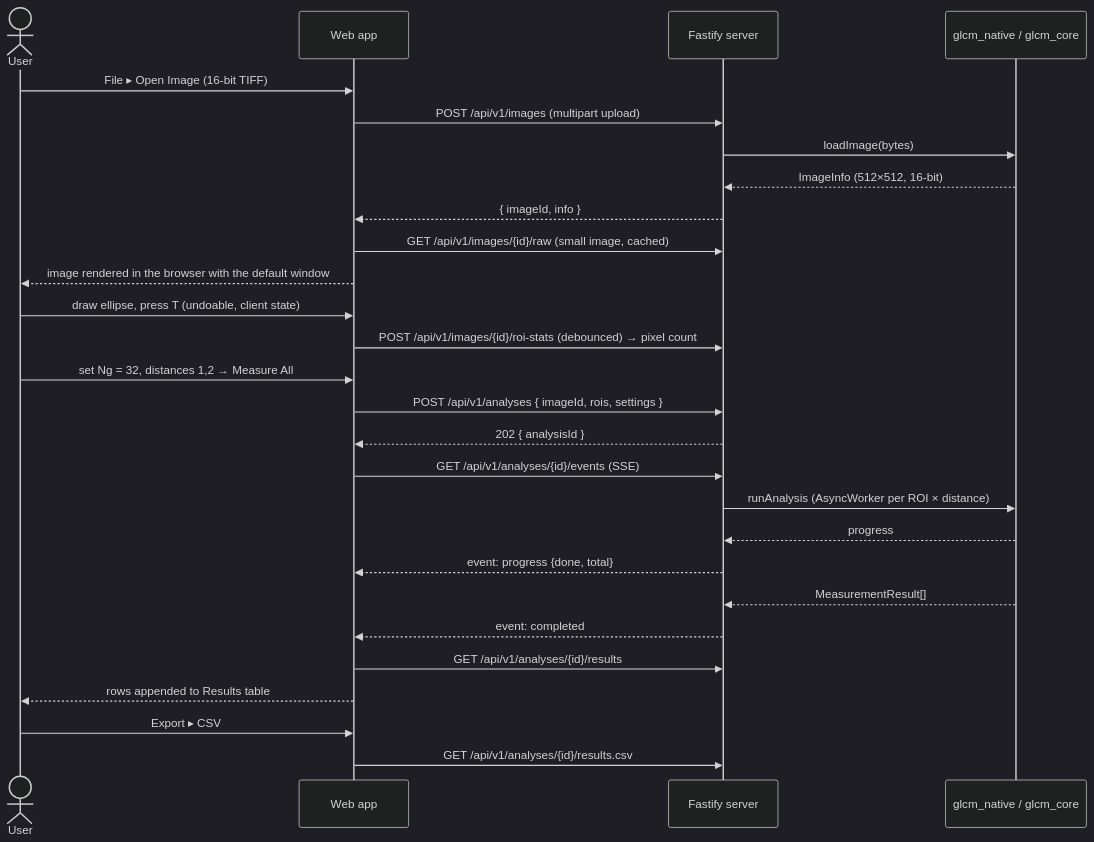
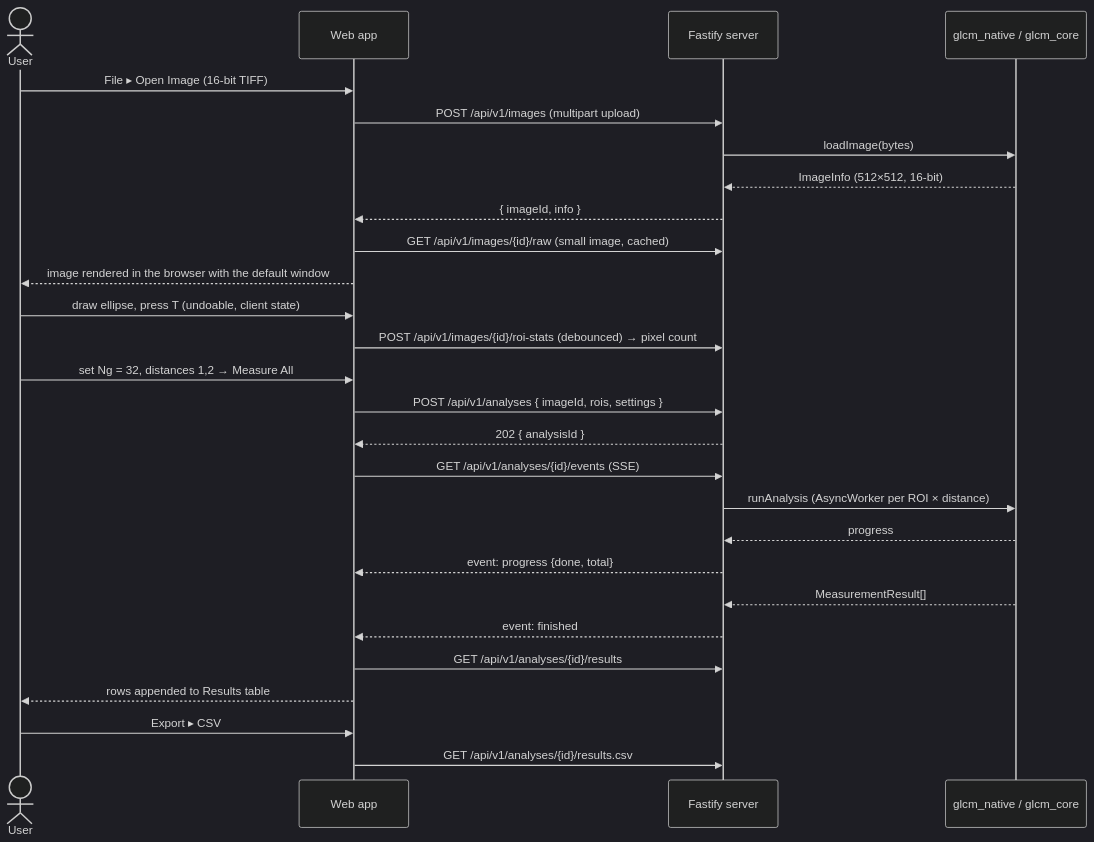
One commit to markccchiang/GLCM-Texture-Analysis changed the second of 2 diagrams in doc/ui-design-plan.md. Above: the diagram before and after it, drawn with Mermaid (dark theme). The commit also changed other lines of this file and 70 other files, not shown here.

````diff
--- a/doc/ui-design-plan.md
+++ b/doc/ui-design-plan.md
@@ -285,29 +285,29 @@
 ```mermaid
 sequenceDiagram
     actor U as User
     participant W as Web app
     participant S as Fastify server
     participant N as glcm_native / glcm_core
     U->>W: File ▸ Open Image (16-bit TIFF)
     W->>S: POST /api/v1/images (multipart upload)
     S->>N: loadImage(bytes)
     N-->>S: ImageInfo (512×512, 16-bit)
     S-->>W: { imageId, info }
     W->>S: GET /api/v1/images/{id}/raw (small image, cached)
     W-->>U: image rendered in the browser with the default window
     U->>W: draw ellipse, press T (undoable, client state)
     W->>S: POST /api/v1/images/{id}/roi-stats (debounced) → pixel count
     U->>W: set Ng = 32, distances 1,2 → Measure All
     W->>S: POST /api/v1/analyses { imageId, rois, settings }
     S-->>W: 202 { analysisId }
     W->>S: GET /api/v1/analyses/{id}/events (SSE)
     S->>N: runAnalysis (AsyncWorker per ROI × distance)
     N-->>S: progress
     S-->>W: event: progress {done, total}
     N-->>S: MeasurementResult[]
-    S-->>W: event: completed
+    S-->>W: event: finished
     W->>S: GET /api/v1/analyses/{id}/results
     W-->>U: rows appended to Results table
     U->>W: Export ▸ CSV
     W->>S: GET /api/v1/analyses/{id}/results.csv
 ```
````
